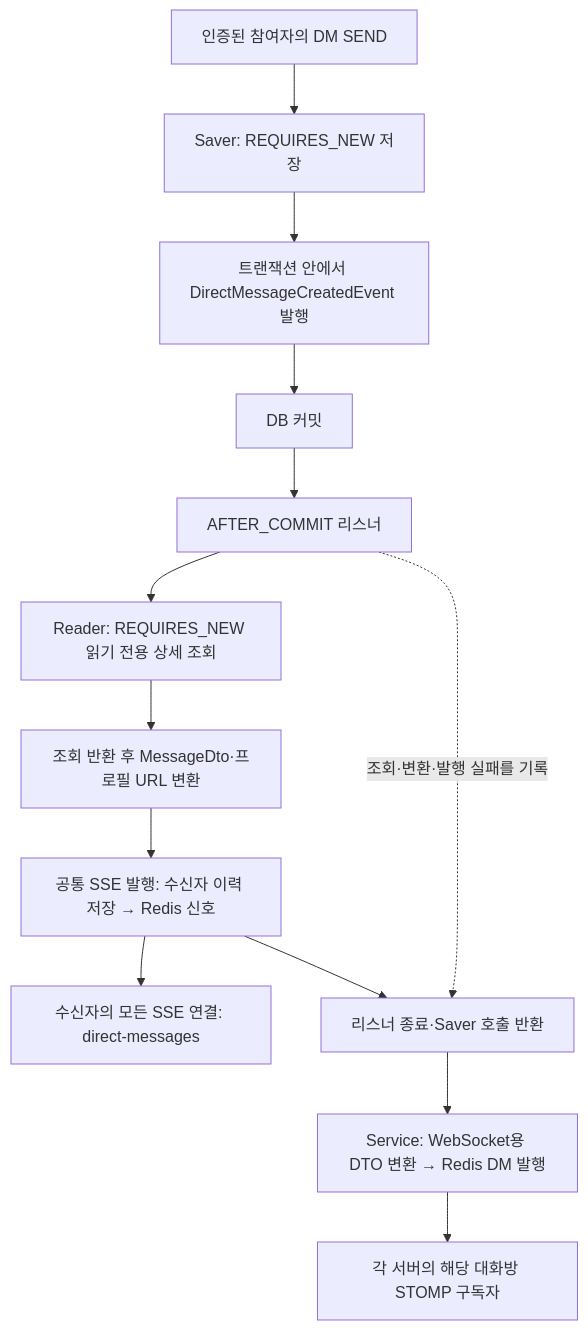
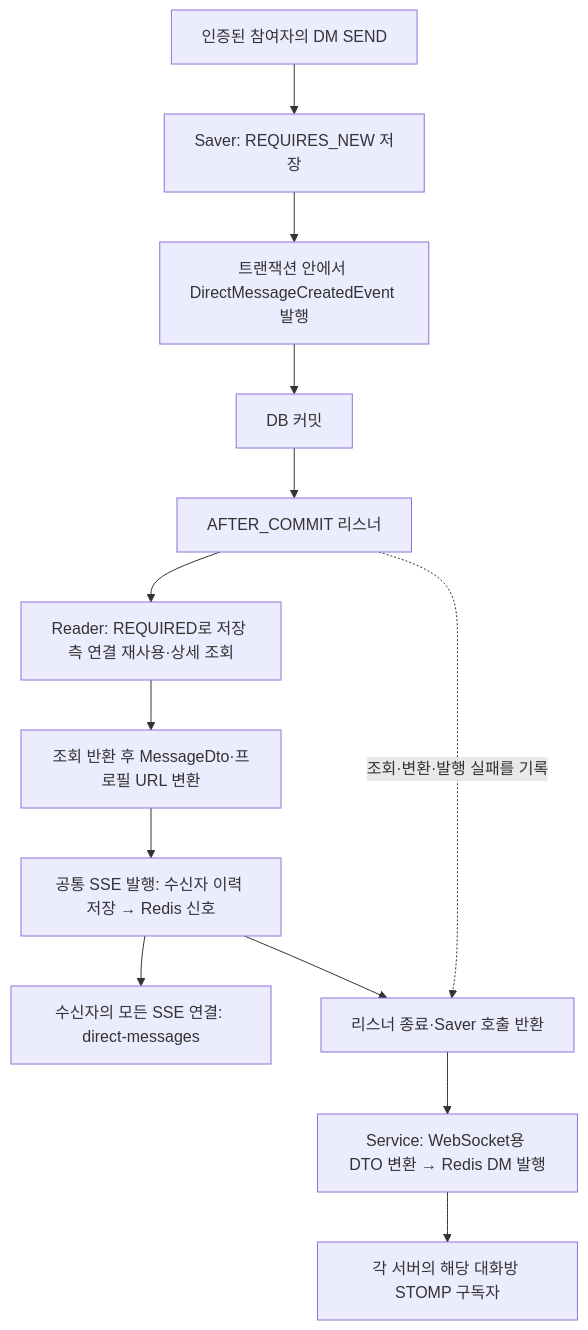
The diagram in docs/conversation/15-direct-message-event-sse.md (codeit-backend13-part4-team1/playlist_for_everyone), drawn with Mermaid before and after one commit. The commit also changed other lines of this file and 9 other files, not shown here.

````diff
--- a/docs/conversation/15-direct-message-event-sse.md
+++ b/docs/conversation/15-direct-message-event-sse.md
@@ -7,15 +7,15 @@
 ```mermaid
 flowchart TD
     SEND["인증된 참여자의 DM SEND"] --> SAVE["Saver: REQUIRES_NEW 저장"]
     SAVE --> EVENT["트랜잭션 안에서 DirectMessageCreatedEvent 발행"]
     EVENT --> COMMIT["DB 커밋"]
     COMMIT --> LISTENER["AFTER_COMMIT 리스너"]
-    LISTENER --> READ["Reader: REQUIRES_NEW 읽기 전용 상세 조회"]
+    LISTENER --> READ["Reader: REQUIRED로 저장 측 연결 재사용·상세 조회"]
     READ --> MAP["조회 반환 후 MessageDto·프로필 URL 변환"]
     MAP --> SSE["공통 SSE 발행: 수신자 이력 저장 → Redis 신호"]
     SSE --> RECEIVE["수신자의 모든 SSE 연결: direct-messages"]
     SSE --> RETURN["리스너 종료·Saver 호출 반환"]
     LISTENER -. "조회·변환·발행 실패를 기록" .-> RETURN
     RETURN --> WS["Service: WebSocket용 DTO 변환 → Redis DM 발행"]
     WS --> ROOM["각 서버의 해당 대화방 STOMP 구독자"]
 ```
````
